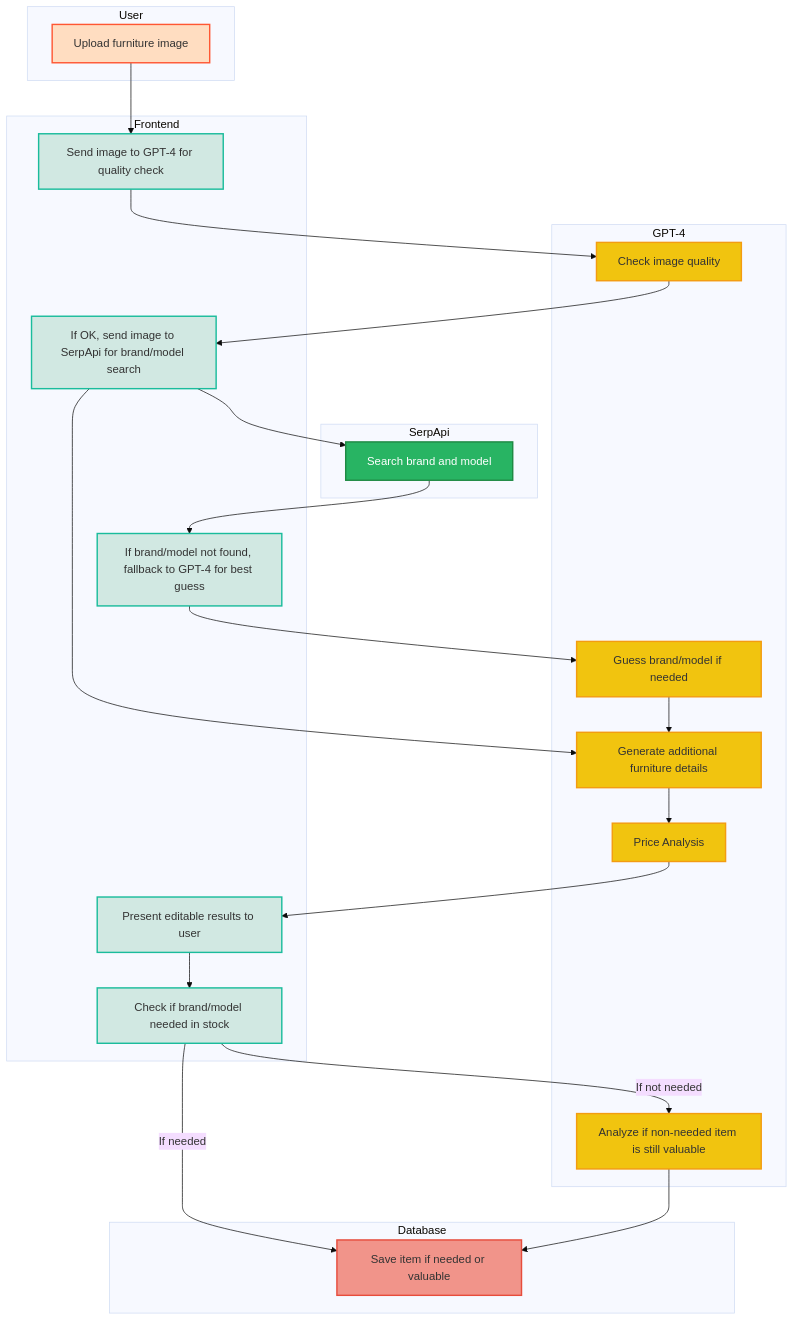
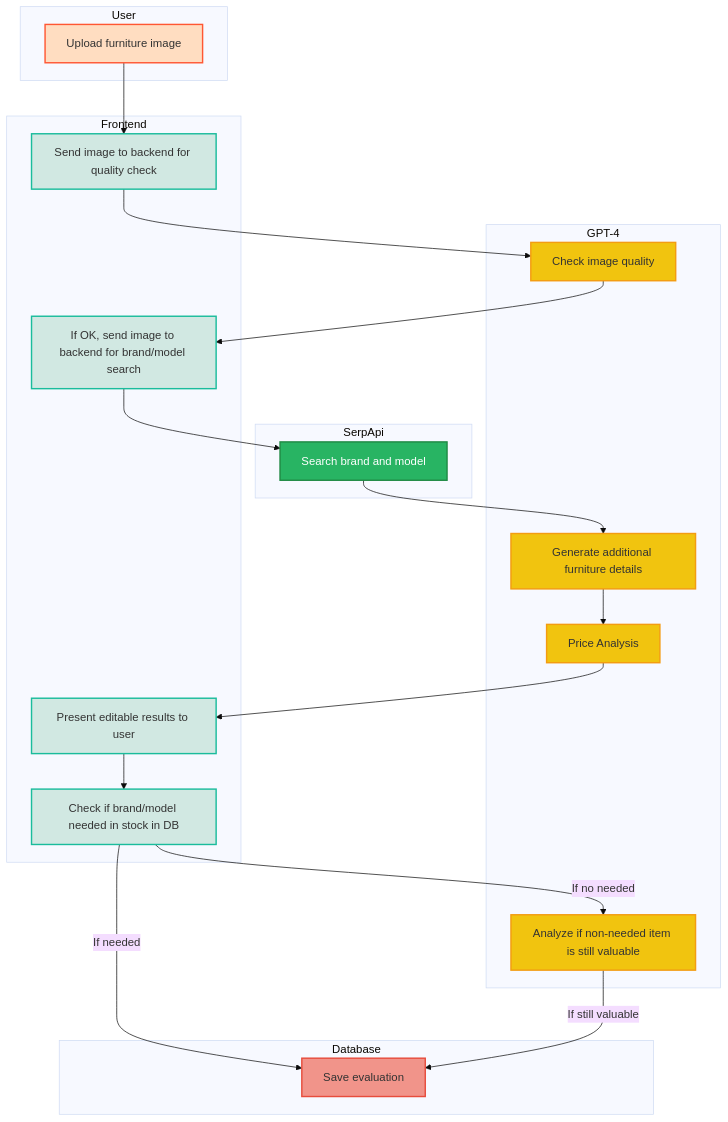
One commit to team-alya/kaluste-backend-25K changed the diagram in README.md. Above: the diagram before and after it, drawn with Mermaid (base theme). The commit also changed other lines of this file, not shown here.

Commit message:
database+fixed mermaid

````diff
--- a/README.md
+++ b/README.md
@@ -295,64 +294,60 @@
 ```mermaid
 flowchart TD
     subgraph User
         A1[Upload furniture image]
     end
 
     subgraph Frontend
-        B1[Send image to GPT-4 for quality check]
-        B2[If OK, send image to SerpApi for brand/model search]
-        B3[If brand/model not found, fallback to GPT-4 for best guess]
+        B1[Send image to backend for quality check]
+        B2[If OK, send image to backend for brand/model search]
+        B3[Check if brand/model needed in stock in DB]
         B4[Present editable results to user]
-        B5[Check if brand/model needed in stock]
+
     end
 
     subgraph GPT-4
         C1[Check image quality]
         C2[Generate additional furniture details]
-        C3[Guess brand/model if needed]
+
         C4[Price Analysis]
         C5[Analyze if non-needed item is still valuable]
     end
 
     subgraph SerpApi
         D1[Search brand and model]
     end
 
     subgraph Database
-        F1[Save item if needed or valuable]
+        
+        F2[Save evaluation]
     end
 
     A1 --> B1
     B1 --> C1
     C1 --> B2
     B2 --> D1
-    D1 --> B3
-    B3 --> C3
-    B2 --> C2
+    D1 --> C2
     C4 --> B4
+    B4 --> B3
     C2 --> C4
-    C3 --> C2
-    B4 --> B5
-    B5 -->|If needed| F1
-    B5 -->|If not needed| C5
-    C5 --> F1
+    B3 -->|If no needed| C5
+    B3 -->|If needed| F2
+    C5 -->|If still valuable| F2
+
 
     style A1 fill:#FFDDC1,stroke:#FF5733,stroke-width:2px, color:#333
 
     style B1 fill:#D1E8E2,stroke:#1ABC9C,stroke-width:2px, color:#333
     style B2 fill:#D1E8E2,stroke:#1ABC9C,stroke-width:2px, color:#333
+    style B4 fill:#D1E8E2,stroke:#1ABC9C,stroke-width:2px, color:#333
     style B3 fill:#D1E8E2,stroke:#1ABC9C,stroke-width:2px, color:#333
-    style B4 fill:#D1E8E2,stroke:#1ABC9C,stroke-width:2px, color:#333
-    style B5 fill:#D1E8E2,stroke:#1ABC9C,stroke-width:2px, color:#333
-
     style C1 fill:#F1C40F,stroke:#F39C12,stroke-width:2px, color:#333
     style C2 fill:#F1C40F,stroke:#F39C12,stroke-width:2px, color:#333
-    style C3 fill:#F1C40F,stroke:#F39C12,stroke-width:2px, color:#333
     style C4 fill:#F1C40F,stroke:#F39C12,stroke-width:2px, color:#333
     style C5 fill:#F1C40F,stroke:#F39C12,stroke-width:2px, color:#333
 
-    style F1 fill:#F1948A,stroke:#E74C3C,stroke-width:2px, color:#333
+    style F2 fill:#F1948A,stroke:#E74C3C,stroke-width:2px, color:#333
 
     style D1 fill:#28B463,stroke:#1F8A44,stroke-width:2px, color:#fff
     
 ```
````
